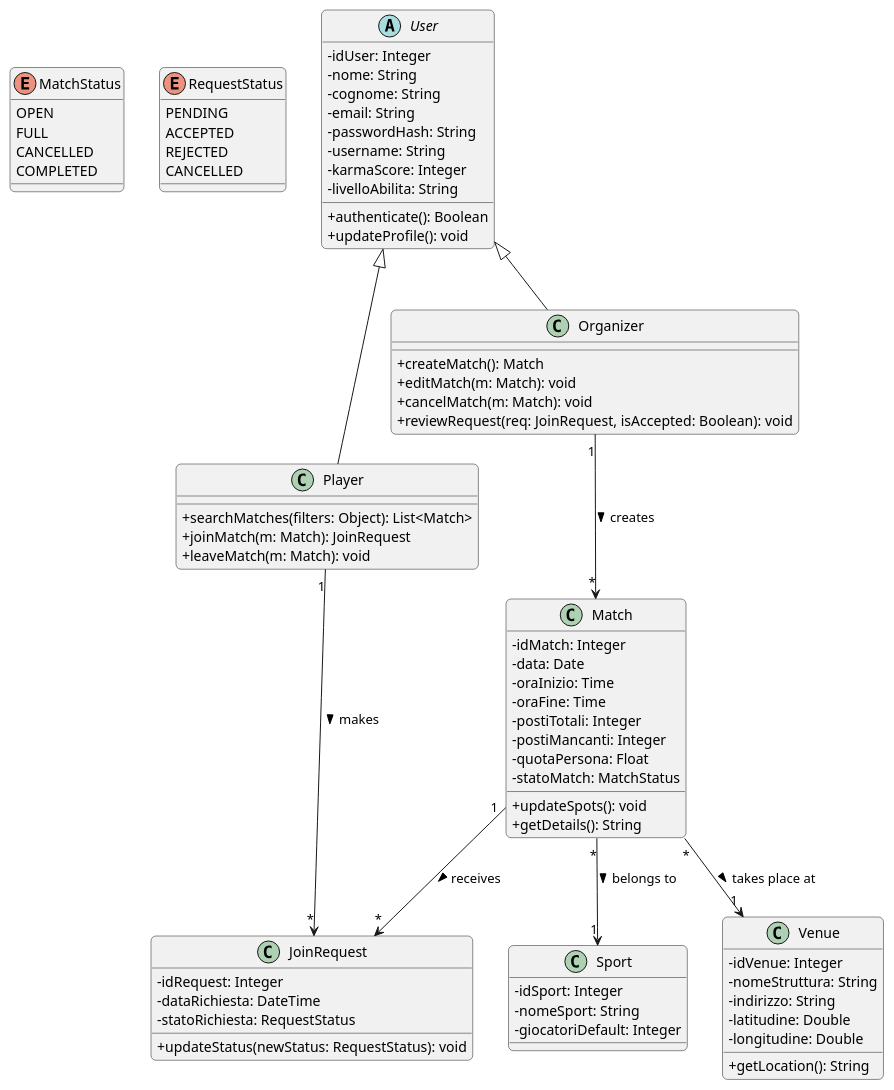
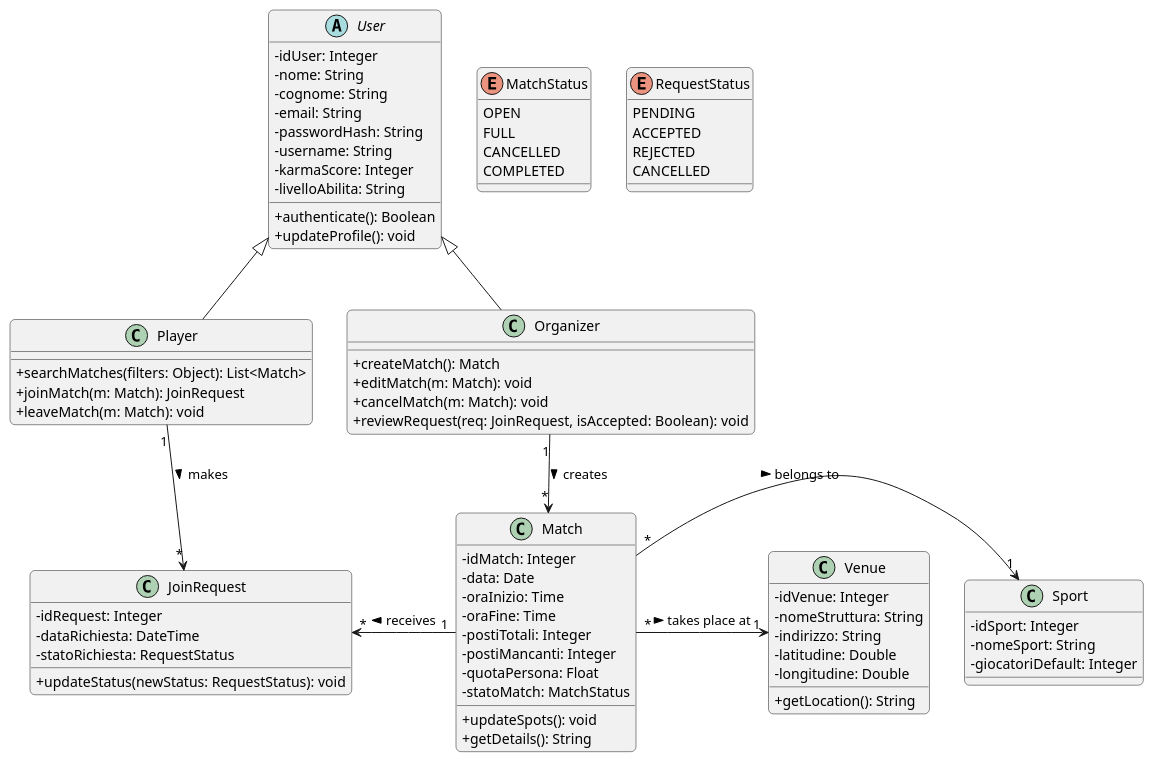
The diagram in UML/Class.puml (MarianiFabio/sport-matchmaker-flutter), drawn with PlantUML before and after one commit. The commit also changed 24 other files, not shown here.

Commit message:
Ultime modifiche UML e tentativo di collegare DB a App

```diff
--- a/UML/Class.puml
+++ b/UML/Class.puml
@@ -1,96 +1,96 @@
 @startuml
 skinparam classAttributeIconSize 0
 skinparam roundcorner 10
 
 ' --- ENUMERAZIONI ---
 enum MatchStatus {
   OPEN
   FULL
   CANCELLED
   COMPLETED
 }
 
 enum RequestStatus {
   PENDING
   ACCEPTED
   REJECTED
   CANCELLED
 }
 
 ' --- CLASSI PRINCIPALI (CON EREDITARIETÀ) ---
 abstract class User {
   - idUser: Integer
   - nome: String
   - cognome: String
   - email: String
   - passwordHash: String
   - username: String
   - karmaScore: Integer
   - livelloAbilita: String
   + authenticate(): Boolean
   + updateProfile(): void
 }
 
 class Player {
   + searchMatches(filters: Object): List<Match>
   + joinMatch(m: Match): JoinRequest
   + leaveMatch(m: Match): void
 }
 
 class Organizer {
   + createMatch(): Match
   + editMatch(m: Match): void
   + cancelMatch(m: Match): void
   + reviewRequest(req: JoinRequest, isAccepted: Boolean): void
 }
 
 ' Ereditarietà
 User <|-- Player
 User <|-- Organizer
 
 ' --- CLASSI DI DOMINIO ---
 class Match {
   - idMatch: Integer
   - data: Date
   - oraInizio: Time
   - oraFine: Time
   - postiTotali: Integer
   - postiMancanti: Integer
   - quotaPersona: Float
   - statoMatch: MatchStatus
   + updateSpots(): void
   + getDetails(): String
 }
 
 class Sport {
   - idSport: Integer
   - nomeSport: String
   - giocatoriDefault: Integer
 }
 
 class Venue {
   - idVenue: Integer
   - nomeStruttura: String
   - indirizzo: String
   - latitudine: Double
   - longitudine: Double
   + getLocation(): String
 }
 
 ' --- CLASSE INTERMEDIA (Risoluzione N:M) ---
 class JoinRequest {
   - idRequest: Integer
   - dataRichiesta: DateTime
   - statoRichiesta: RequestStatus
   + updateStatus(newStatus: RequestStatus): void
 }
 
 ' --- RELAZIONI E CARDINALITÀ ---
 Organizer "1" --> "*" Match : creates >
-Match "*" --> "1" Sport : belongs to >
-Match "*" --> "1" Venue : takes place at >
+Match "*" -right-> "1" Sport : belongs to >
+Match "*" -right-> "1" Venue : takes place at >
 
 Player "1" --> "*" JoinRequest : makes >
-Match "1" --> "*" JoinRequest : receives >
+Match "1" -left-> "*" JoinRequest : receives >
 
 @enduml
```
